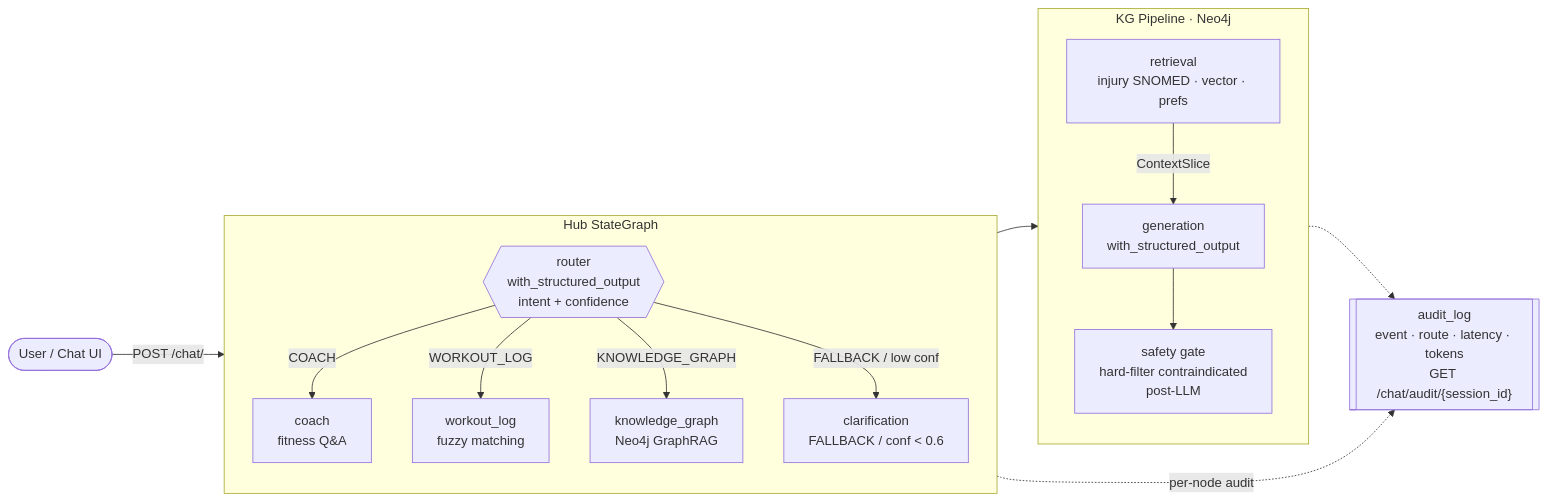
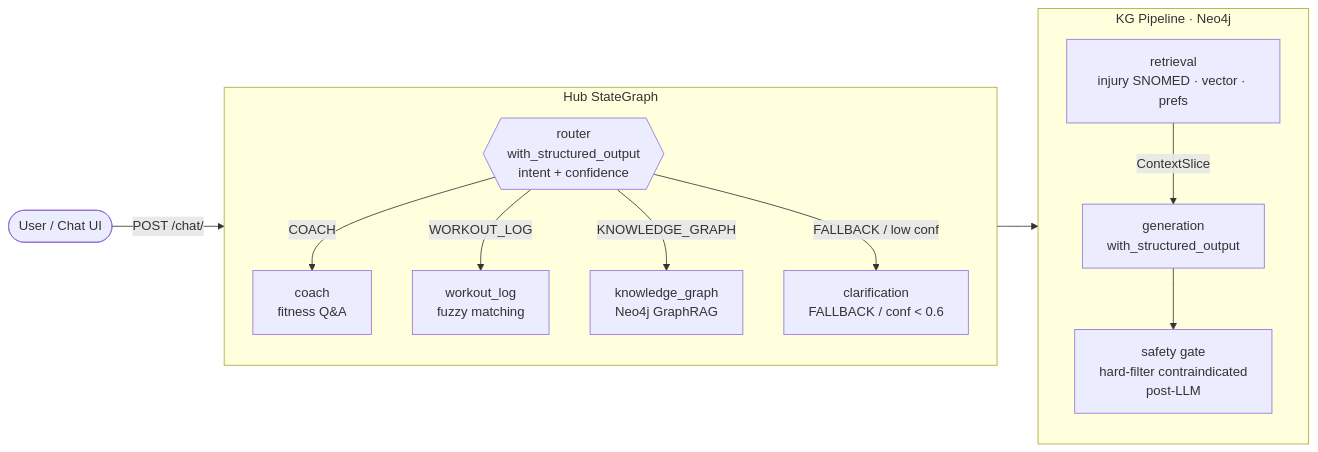
The diagram in .docs/demo/runbook.md (codewizard-dt/workoutwiz), drawn with Mermaid before and after one commit. The commit also changed other lines of this file and 8 other files, not shown here.

````diff
--- a/.docs/demo/runbook.md
+++ b/.docs/demo/runbook.md
@@ -11,32 +12,28 @@
 ```mermaid
 flowchart LR
     User([User / Chat UI])
 
     subgraph HUB["Hub StateGraph"]
         direction TB
         ROUTER{{"router\nwith_structured_output\nintent + confidence"}}
         COACH["coach\nfitness Q&A"]
         LOG["workout_log\nfuzzy matching"]
         KG["knowledge_graph\nNeo4j GraphRAG"]
         CLARIFY["clarification\nFALLBACK / conf < 0.6"]
         ROUTER -->|COACH| COACH
         ROUTER -->|WORKOUT_LOG| LOG
         ROUTER -->|KNOWLEDGE_GRAPH| KG
         ROUTER -->|FALLBACK / low conf| CLARIFY
     end
 
     subgraph KGP["KG Pipeline · Neo4j"]
         direction TB
         RETRIEVAL["retrieval\ninjury SNOMED · vector · prefs"]
         GEN["generation\nwith_structured_output"]
         SAFETY["safety gate\nhard-filter contraindicated\npost-LLM"]
         RETRIEVAL -->|ContextSlice| GEN --> SAFETY
     end
 
-    AUDIT[["audit_log\nevent · route · latency · tokens\nGET /chat/audit/{session_id}"]]
-
     User -->|POST /chat/| ROUTER
     KG --> RETRIEVAL
-    HUB -.->|per-node audit| AUDIT
-    KGP -.-> AUDIT
 ```
````
